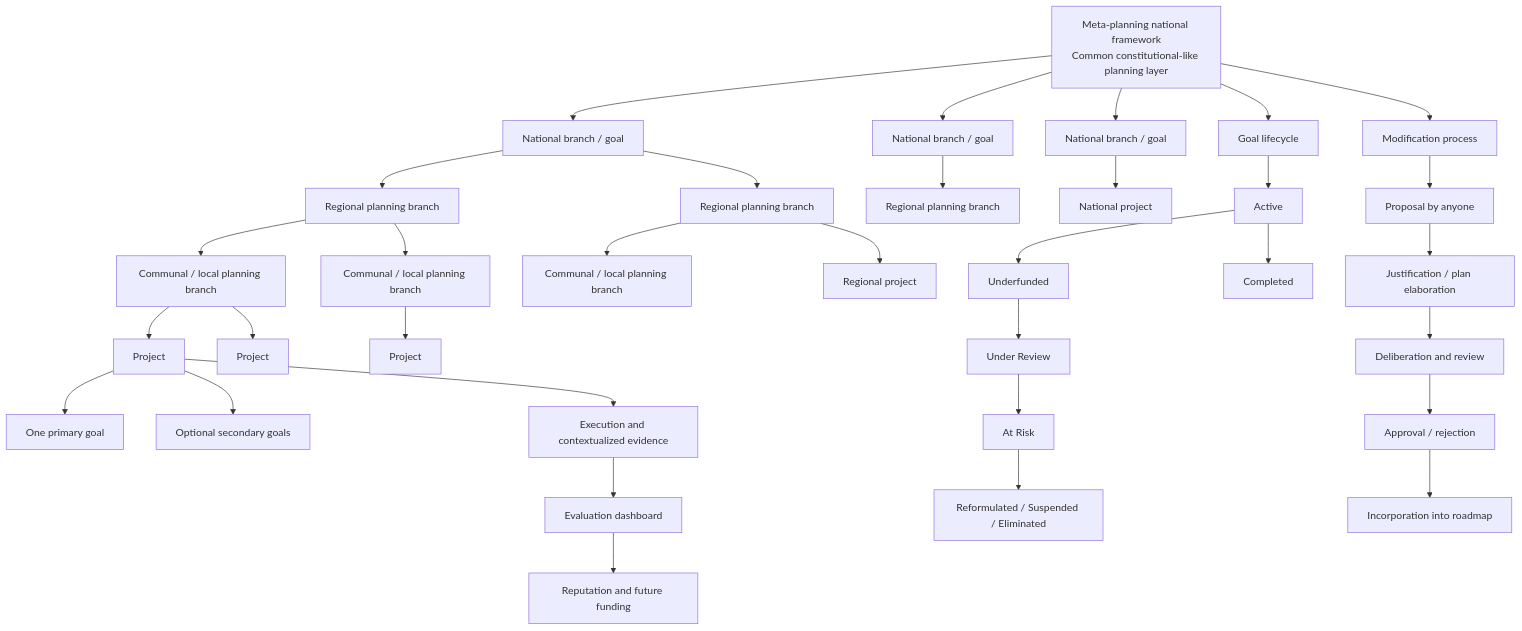
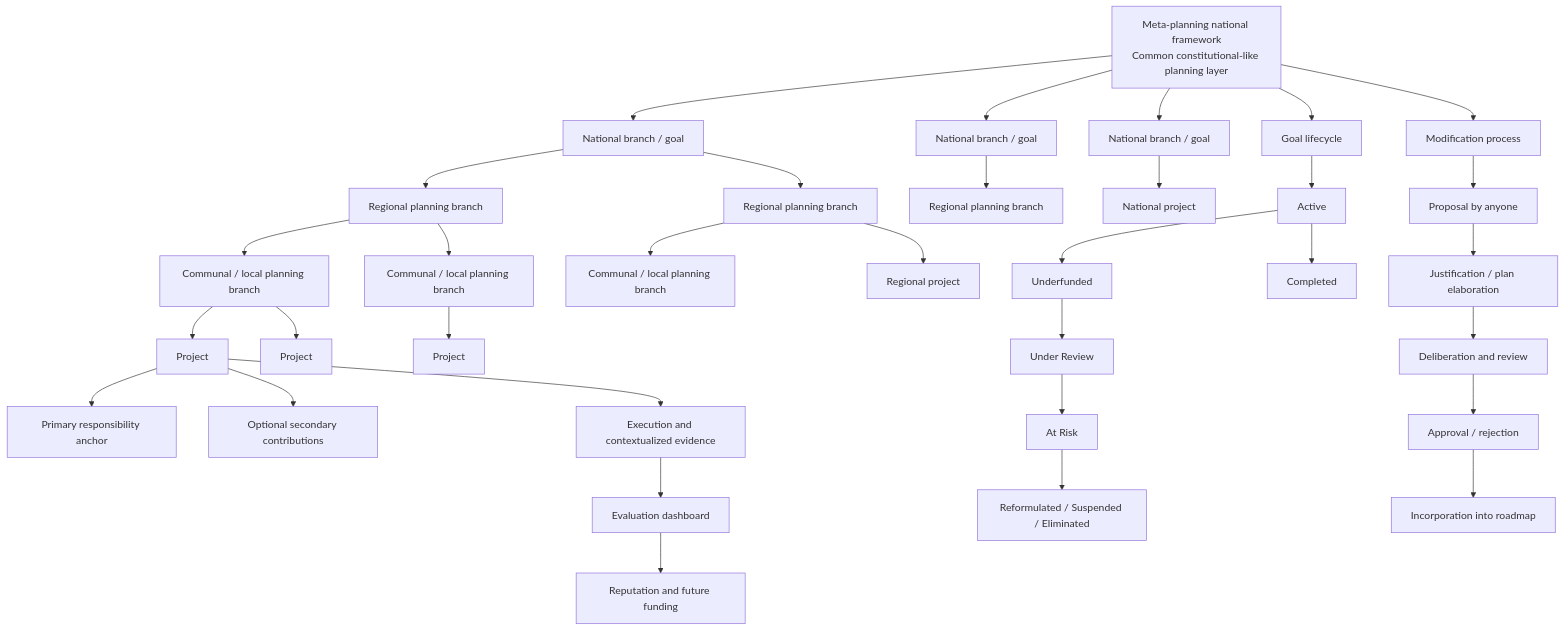
The diagram in docs/diagrams/distributed-planning-architecture-v1.md (moffermann/distributed-governance-research), drawn with Mermaid before and after one commit. The commit also changed other lines of this file and 25 other files, not shown here.

First line of the commit message:
Align H010 primary responsibility anchor

````diff
--- a/docs/diagrams/distributed-planning-architecture-v1.md
+++ b/docs/diagrams/distributed-planning-architecture-v1.md
@@ -5,42 +5,42 @@
 ```mermaid
 flowchart TD
     A[Meta-planning national framework<br/>Common constitutional-like planning layer] --> B1[National branch / goal]
     A --> B2[National branch / goal]
     A --> B3[National branch / goal]
 
     B1 --> C1[Regional planning branch]
     B1 --> C2[Regional planning branch]
     B2 --> C3[Regional planning branch]
 
     C1 --> D1[Communal / local planning branch]
     C1 --> D2[Communal / local planning branch]
     C2 --> D3[Communal / local planning branch]
 
     D1 --> P1[Project]
     D1 --> P2[Project]
     D2 --> P3[Project]
     C2 --> P4[Regional project]
     B3 --> P5[National project]
 
-    P1 --> R1[One primary goal]
-    P1 --> R2[Optional secondary goals]
+    P1 --> R1[Primary responsibility anchor]
+    P1 --> R2[Optional secondary contributions]
 
     A --> L[Goal lifecycle]
     L --> L1[Active]
     L1 --> L2[Underfunded]
     L2 --> L3[Under Review]
     L3 --> L4[At Risk]
     L4 --> L5[Reformulated / Suspended / Eliminated]
     L1 --> L6[Completed]
 
     A --> M[Modification process]
     M --> M1[Proposal by anyone]
     M1 --> M2[Justification / plan elaboration]
     M2 --> M3[Deliberation and review]
     M3 --> M4[Approval / rejection]
     M4 --> M5[Incorporation into roadmap]
 
     P1 --> E[Execution and contextualized evidence]
     E --> F[Evaluation dashboard]
     F --> G[Reputation and future funding]
 ```
````
